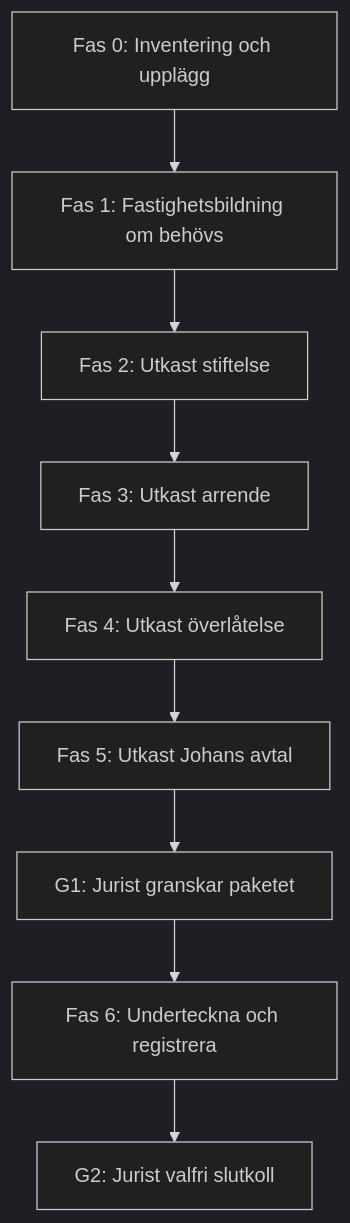
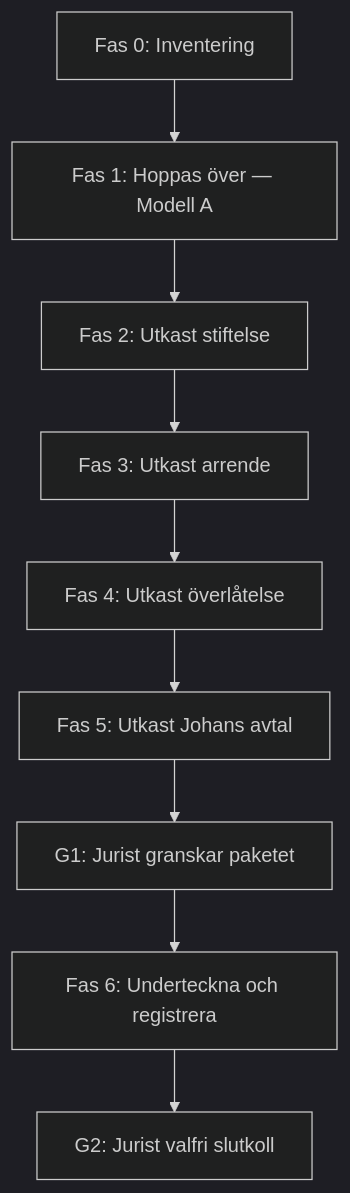
The diagram in docs/ladan-legal/action-plan.sv.md (peterericsson/solleron), drawn with Mermaid (dark theme) before and after one commit. The commit also changed other lines of this file and 8 other files, not shown here.

````diff
--- a/docs/ladan-legal/action-plan.sv.md
+++ b/docs/ladan-legal/action-plan.sv.md
@@ -80,11 +82,11 @@
 ```mermaid
 flowchart TD
-  A[Fas 0: Inventering och upplägg] --> B[Fas 1: Fastighetsbildning om behövs]
+  A[Fas 0: Inventering] --> B[Fas 1: Hoppas över — Modell A]
   B --> C[Fas 2: Utkast stiftelse]
   C --> D[Fas 3: Utkast arrende]
   D --> E[Fas 4: Utkast överlåtelse]
   E --> F[Fas 5: Utkast Johans avtal]
   F --> G1[G1: Jurist granskar paketet]
   G1 --> H[Fas 6: Underteckna och registrera]
   H --> G2[G2: Jurist valfri slutkoll]
 ```
````
